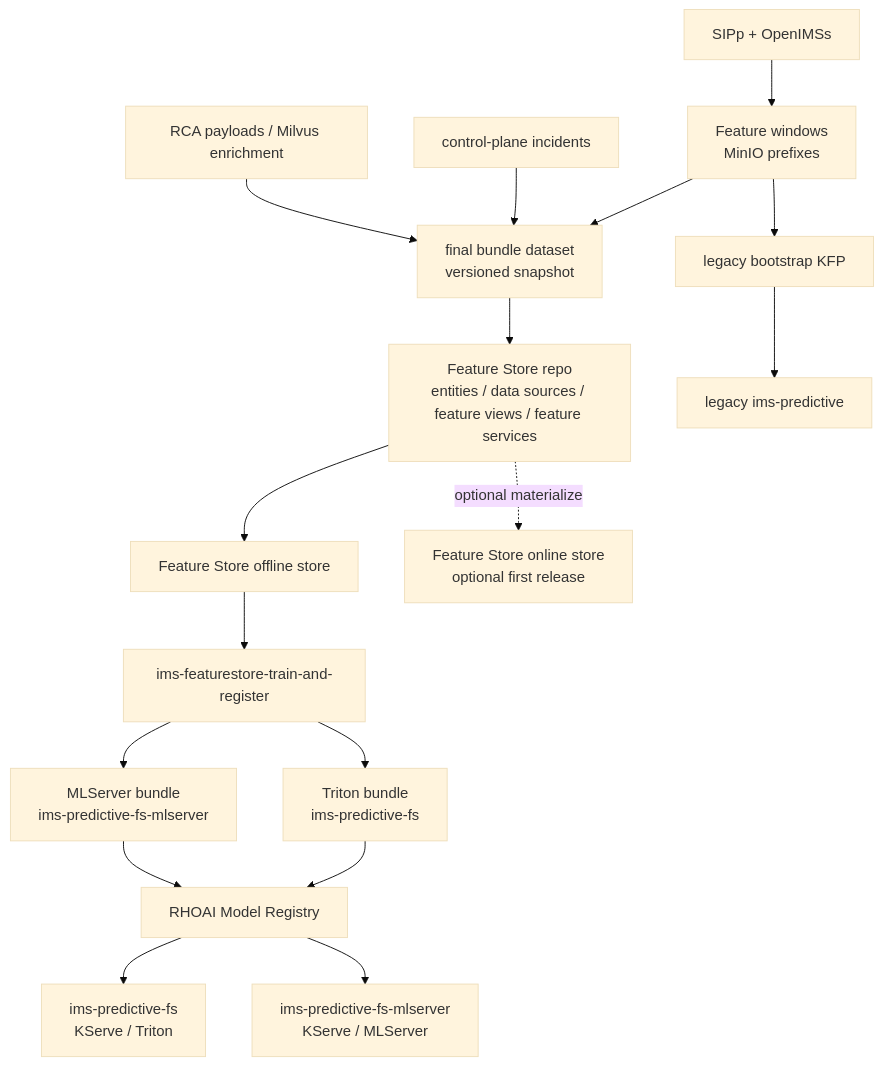
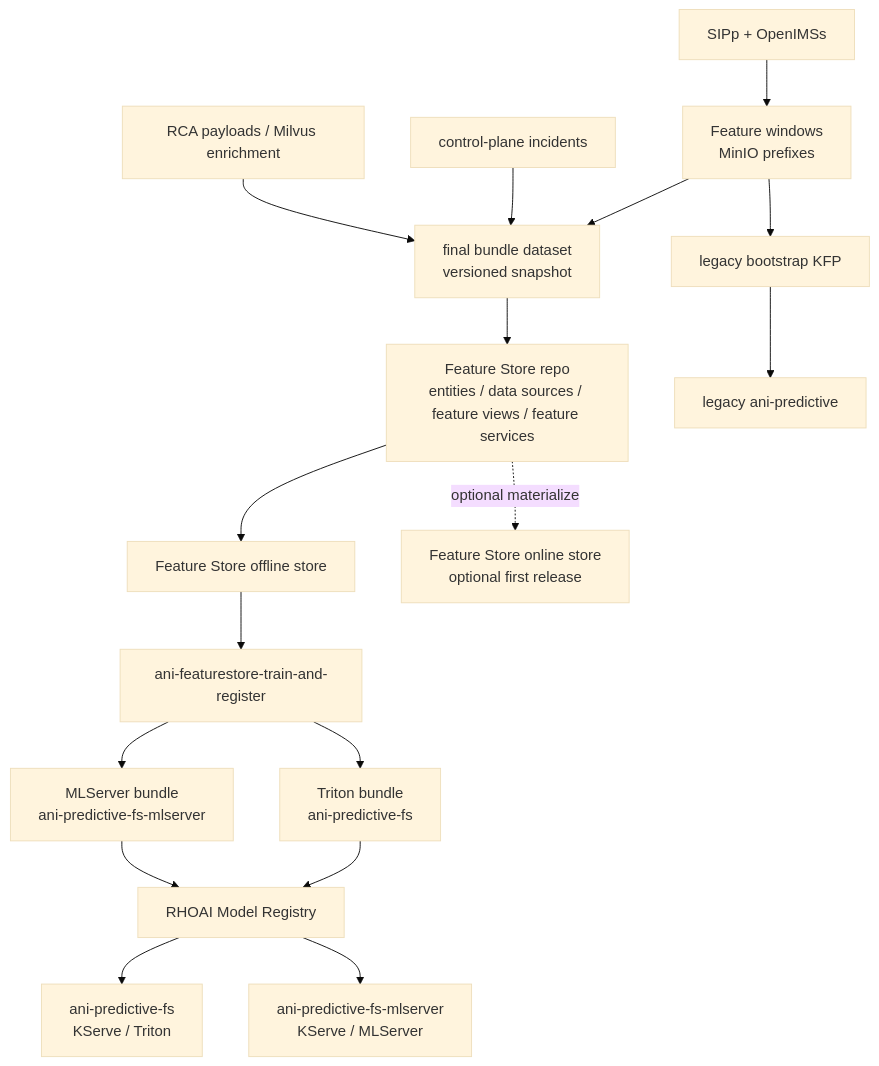
One commit to rh-telco-tigers/Autonomous-Network-Intelligence-Anomaly-Detection-with-Red-Hat-OpenShift-AI changed the diagram in docs/architecture/feature-store-training-path.md. Above: the diagram before and after it, drawn with Mermaid (base theme). The commit also changed other lines of this file and 211 other files, not shown here.

First line of the commit message:
Rename platform prefixes from IMS to ANI.

````diff
--- a/docs/architecture/feature-store-training-path.md
+++ b/docs/architecture/feature-store-training-path.md
@@ -92,42 +92,42 @@
 ```mermaid
 flowchart TD
   SIPP["SIPp + OpenIMSs"]
   Windows["Feature windows<br/>MinIO prefixes"]
   Incidents["control-plane incidents"]
   RCA["RCA payloads / Milvus enrichment"]
 
   Bundle["final bundle dataset<br/>versioned snapshot"]
   FSRepo["Feature Store repo<br/>entities / data sources / feature views / feature services"]
   Offline["Feature Store offline store"]
   Online["Feature Store online store<br/>optional first release"]
 
-  NewKFP["ims-featurestore-train-and-register"]
-  ArtifactT["Triton bundle<br/>ims-predictive-fs"]
-  ArtifactM["MLServer bundle<br/>ims-predictive-fs-mlserver"]
+  NewKFP["ani-featurestore-train-and-register"]
+  ArtifactT["Triton bundle<br/>ani-predictive-fs"]
+  ArtifactM["MLServer bundle<br/>ani-predictive-fs-mlserver"]
   MR["RHOAI Model Registry"]
-  ServeT["ims-predictive-fs<br/>KServe / Triton"]
-  ServeM["ims-predictive-fs-mlserver<br/>KServe / MLServer"]
+  ServeT["ani-predictive-fs<br/>KServe / Triton"]
+  ServeM["ani-predictive-fs-mlserver<br/>KServe / MLServer"]
 
   CurrentKFP["legacy bootstrap KFP"]
-  CurrentServe["legacy ims-predictive"]
+  CurrentServe["legacy ani-predictive"]
 
   SIPP --> Windows
   Windows --> Bundle
   Incidents --> Bundle
   RCA --> Bundle
 
   Bundle --> FSRepo
   FSRepo --> Offline
   FSRepo -. optional materialize .-> Online
 
   Offline --> NewKFP
   NewKFP --> ArtifactT
   NewKFP --> ArtifactM
   ArtifactT --> MR
   ArtifactM --> MR
   MR --> ServeT
   MR --> ServeM
 
   Windows --> CurrentKFP
   CurrentKFP --> CurrentServe
 ```
````
